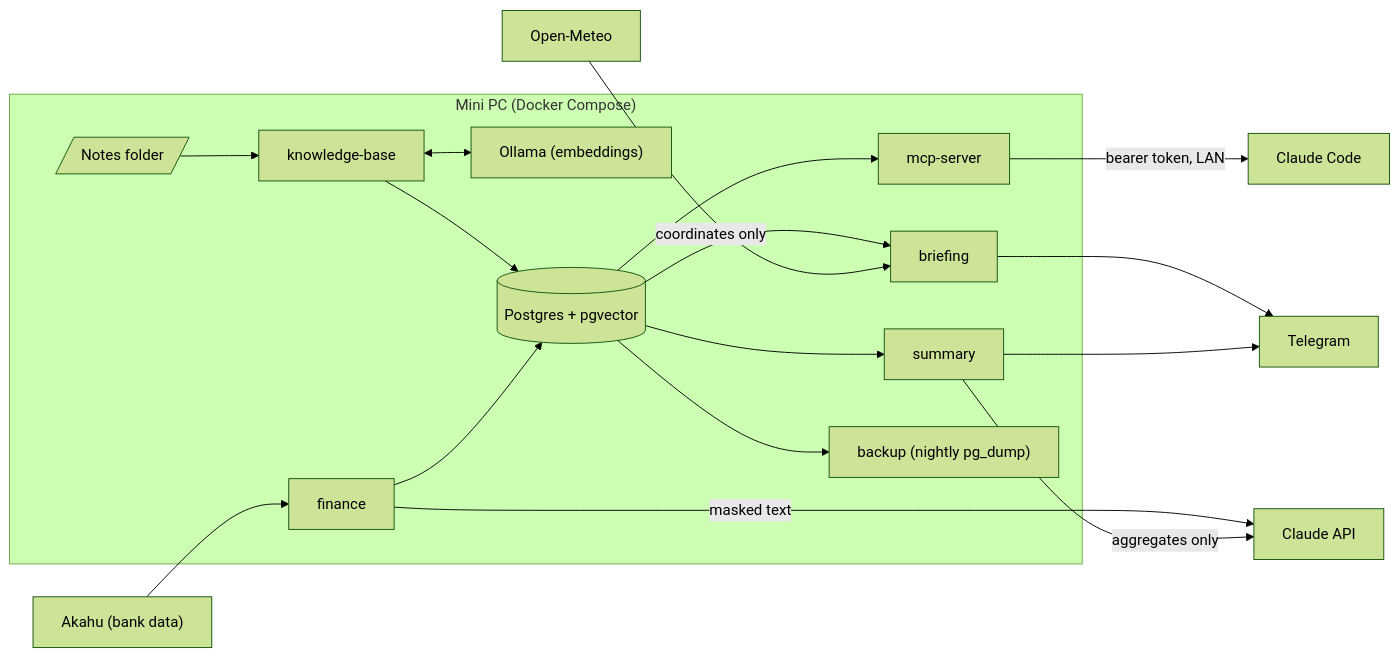
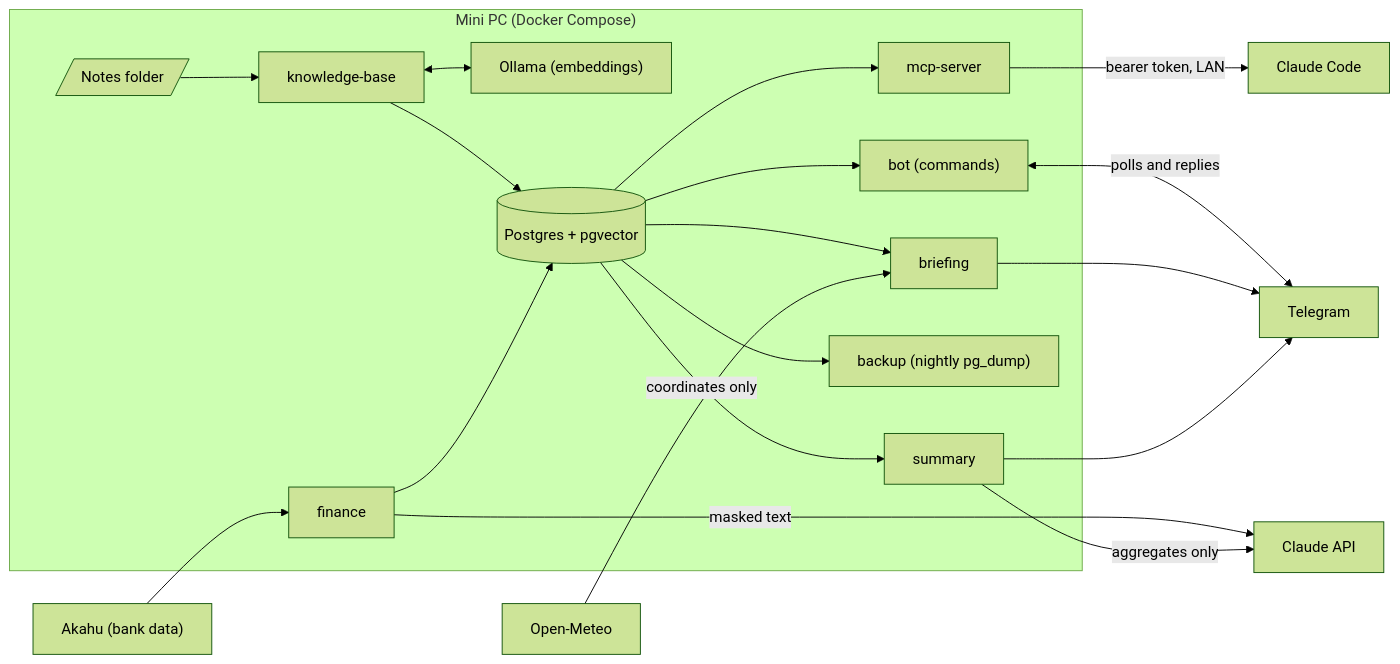
Before and after one commit to charles-goodsir/personal-ops-platform: the diagram in README.md, drawn with Mermaid (forest theme). The commit also changed other lines of this file and 2 other files, not shown here.

Commit message:
Document the Telegram command bot: ADR 7, README and ideas

````diff
--- a/README.md
+++ b/README.md
@@ -15,29 +15,32 @@
 ```mermaid
 flowchart LR
   subgraph home["Mini PC (Docker Compose)"]
     kb["knowledge-base"]
     ollama["Ollama (embeddings)"]
     fin["finance"]
     db[("Postgres + pgvector")]
     mcp["mcp-server"]
     brief["briefing"]
     sum["summary"]
     backup["backup (nightly pg_dump)"]
+    bot["bot (commands)"]
     notes[/"Notes folder"/]
   end
   akahu["Akahu (bank data)"] --> fin
   notes --> kb
   kb <--> ollama
   kb --> db
   fin --> db
   fin -- "masked text" --> api["Claude API"]
   db --> mcp
   db --> brief
   db --> sum
   db --> backup
   sum -- "aggregates only" --> api
   weather["Open-Meteo"] -- "coordinates only" --> brief
   mcp -- "bearer token, LAN" --> claude["Claude Code"]
-  brief --> tg["Telegram"]
+  db --> bot
+  bot <-- "polls and replies" --> tg["Telegram"]
+  brief --> tg
   sum --> tg
 ```
````
